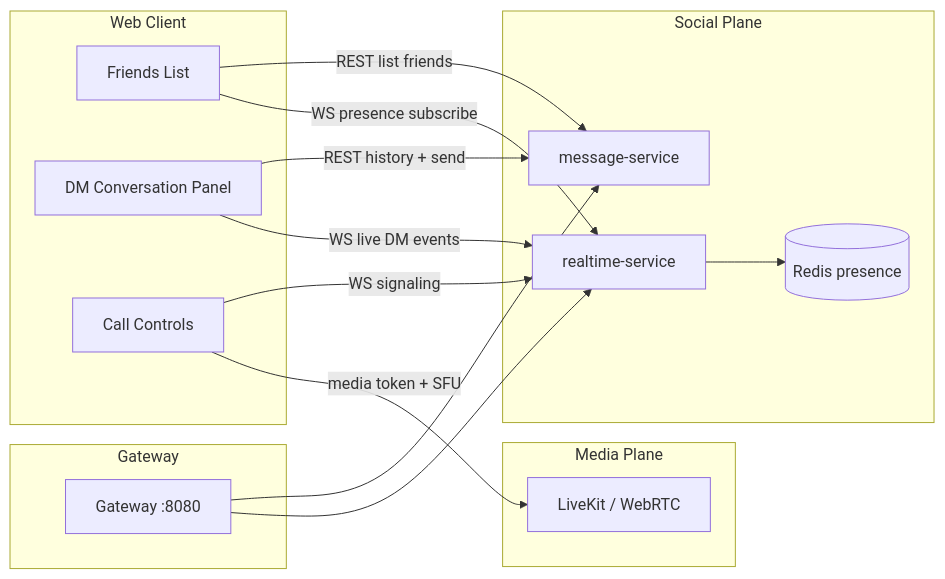
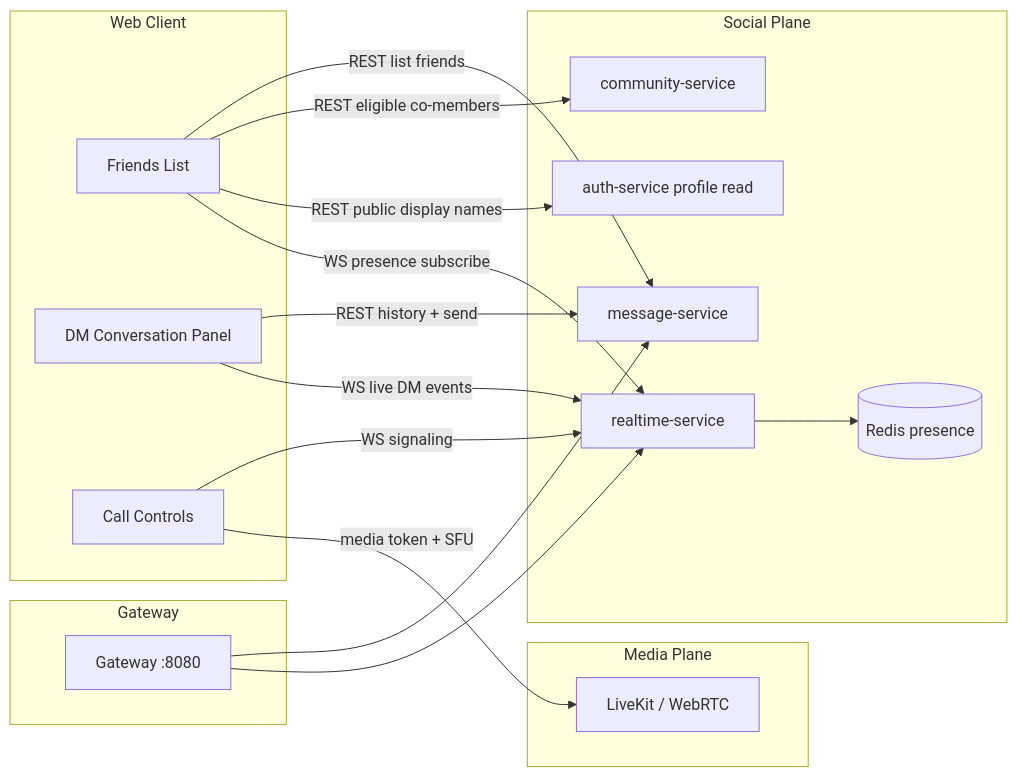
The diagram in docs/architecture/social-hub-and-dm-voice.md (Vinosaamaa/chanter), drawn with Mermaid before and after one commit. The commit also changed other lines of this file and 46 other files, not shown here.

````diff
--- a/docs/architecture/social-hub-and-dm-voice.md
+++ b/docs/architecture/social-hub-and-dm-voice.md
@@ -36,32 +41,36 @@
 ```mermaid
 flowchart LR
   subgraph client [Web Client]
     FL[Friends List]
     DM[DM Conversation Panel]
     CALL[Call Controls]
   end
 
   subgraph edge [Gateway]
     GW[Gateway :8080]
   end
 
   subgraph social [Social Plane]
     MSG[message-service]
+    COMMUNITY[community-service]
+    AUTH[auth-service profile read]
     RT[realtime-service]
     REDIS[(Redis presence)]
   end
 
   subgraph media [Media Plane]
     LK[LiveKit / WebRTC]
   end
 
   FL -->|REST list friends| MSG
+  FL -->|REST eligible co-members| COMMUNITY
+  FL -->|REST public display names| AUTH
   FL -->|WS presence subscribe| RT
   DM -->|REST history + send| MSG
   DM -->|WS live DM events| RT
   CALL -->|WS signaling| RT
   CALL -->|media token + SFU| LK
   RT --> REDIS
   GW --> MSG
   GW --> RT
 ```
````
